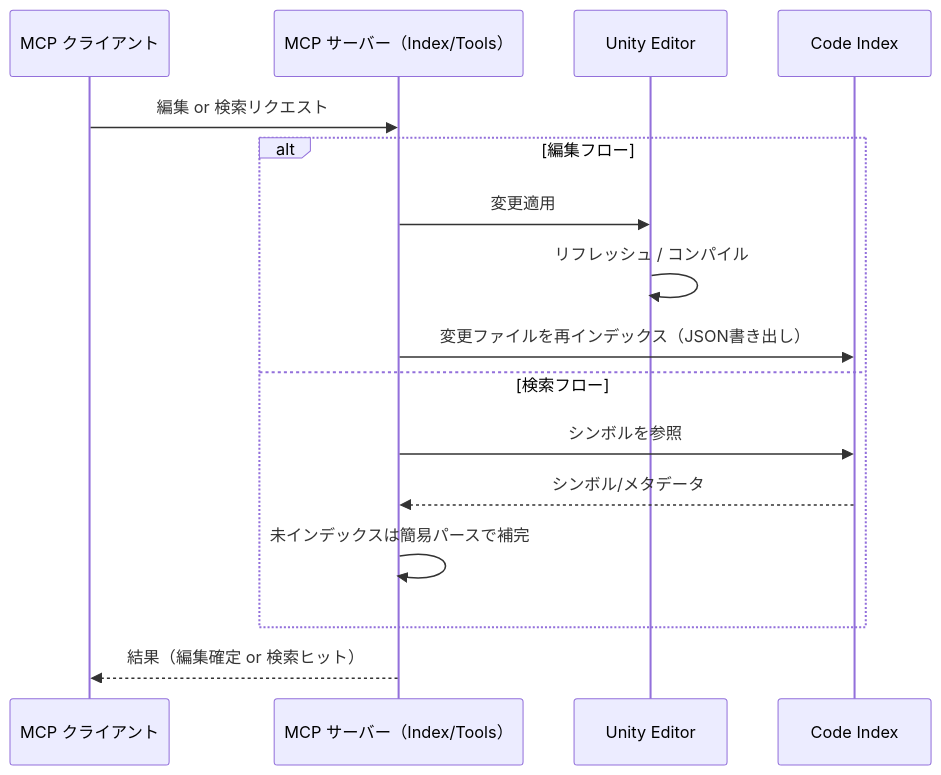
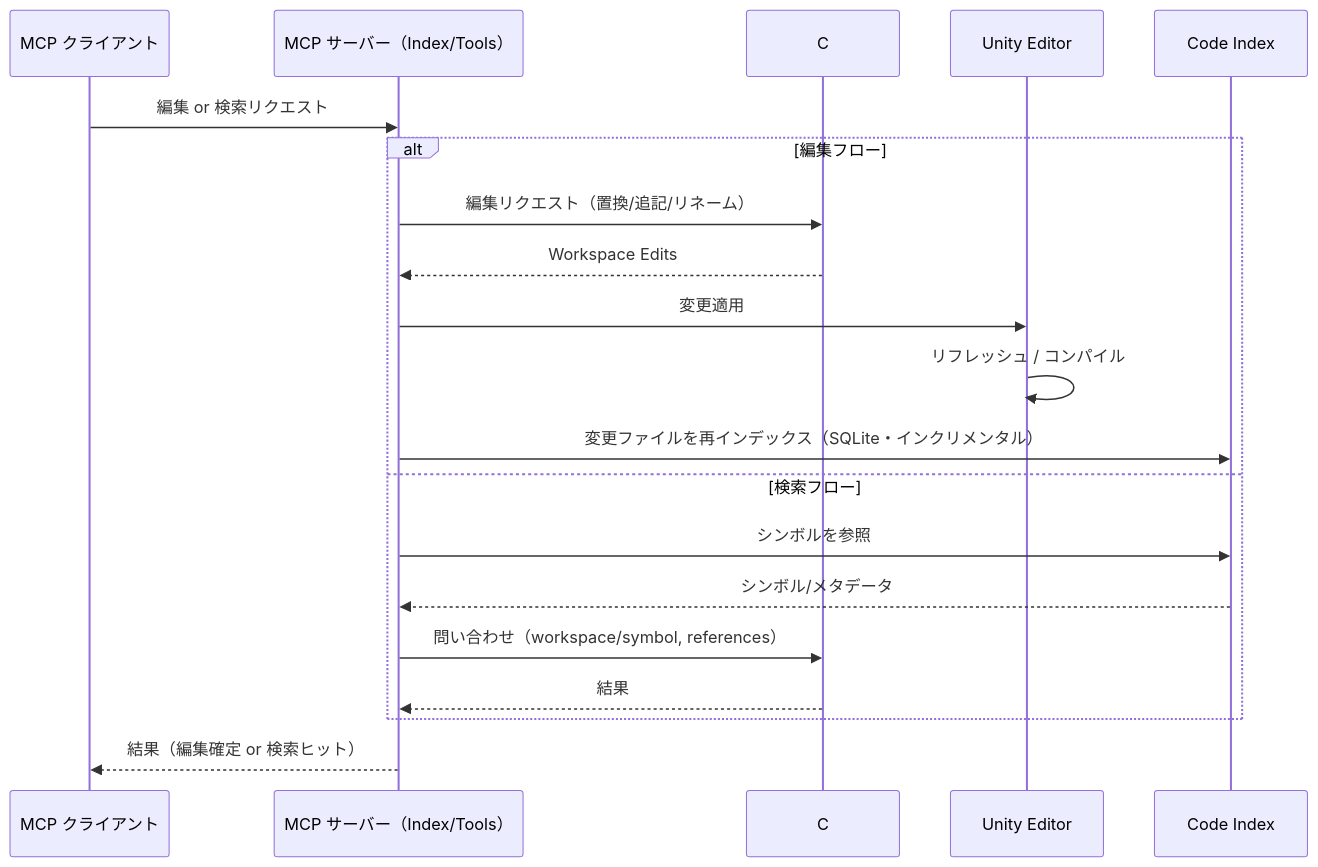
The third of 3 diagrams in README.ja.md (akiojin/unity-mcp-server), drawn with Mermaid before and after one commit. The commit also changed other lines of this file and 4 other files, not shown here.

````diff
--- a/README.ja.md
+++ b/README.ja.md
@@ -267,19 +267,23 @@
 ```mermaid
 sequenceDiagram
     participant Client as MCP クライアント
     participant Node as MCP サーバー（Index/Tools）
+    participant LSP as C# LSP（自己完結）
     participant Unity as Unity Editor
     participant Index as Code Index
 
     Client->>Node: 編集 or 検索リクエスト
     alt 編集フロー
+        Node->>LSP: 編集リクエスト（置換/追記/リネーム）
+        LSP-->>Node: Workspace Edits
         Node->>Unity: 変更適用
         Unity->>Unity: リフレッシュ / コンパイル
-        Node->>Index: 変更ファイルを再インデックス（JSON書き出し）
+        Node->>Index: 変更ファイルを再インデックス（SQLite・インクリメンタル）
     else 検索フロー
         Node->>Index: シンボルを参照
         Index-->>Node: シンボル/メタデータ
-        Node->>Node: 未インデックスは簡易パースで補完
+        Node->>LSP: 問い合わせ（workspace/symbol, references）
+        LSP-->>Node: 結果
     end
     Node-->>Client: 結果（編集確定 or 検索ヒット）
 ```
````
